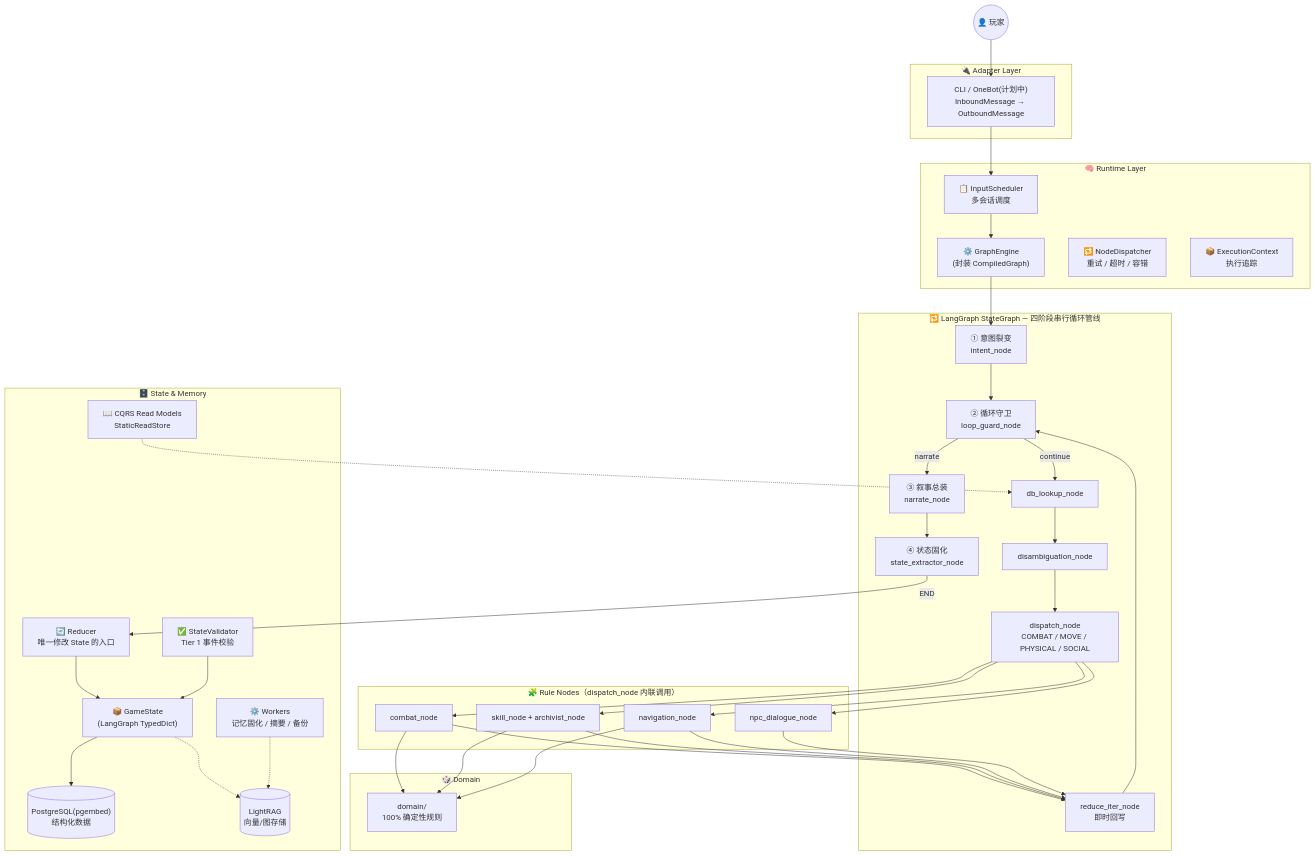
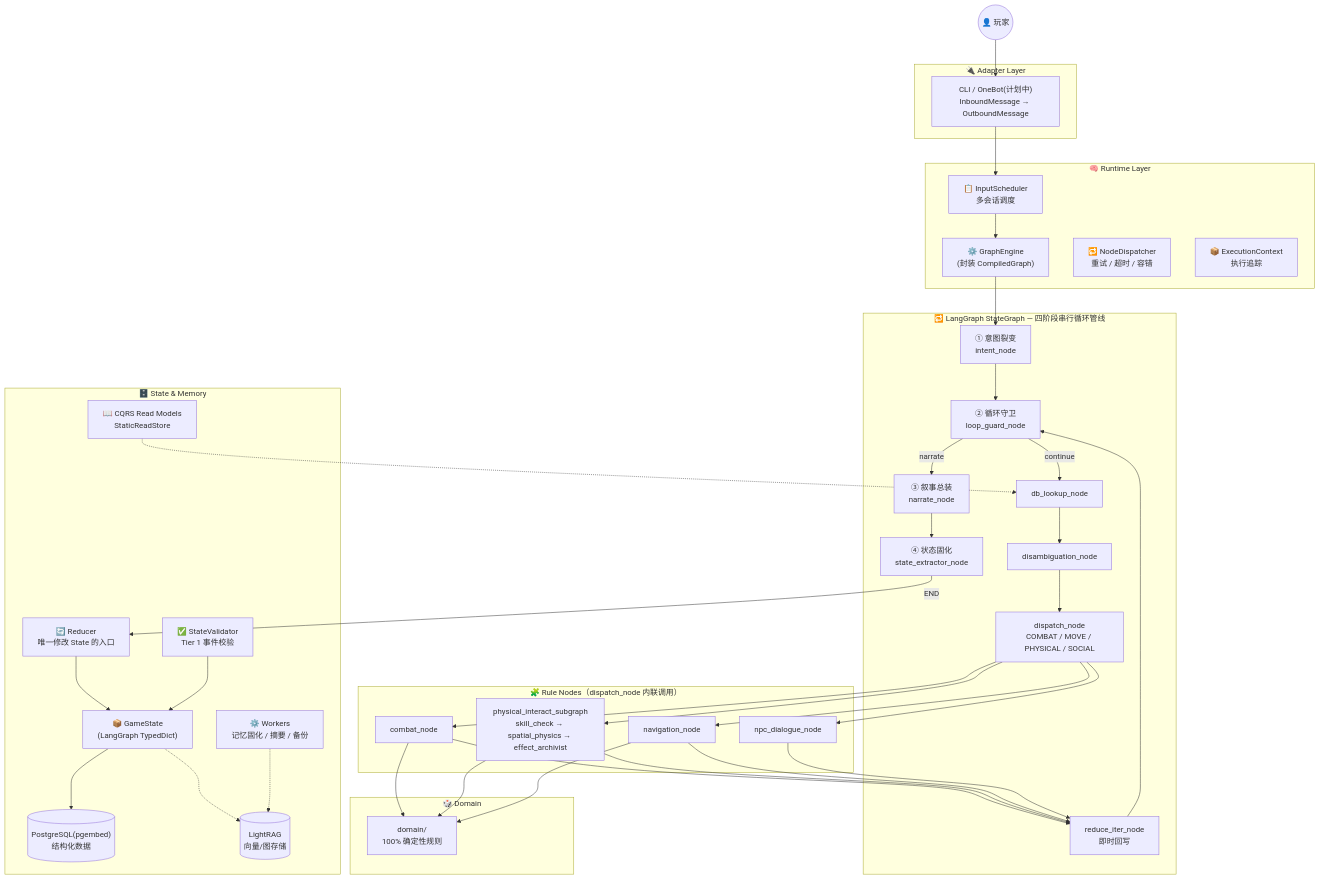
Before and after one commit to pineoncellar/glyphkeeper: the first of 2 diagrams in README.md, drawn with Mermaid. The commit also changed other lines of this file, not shown here.

````diff
--- a/README.md
+++ b/README.md
@@ -29,81 +29,81 @@
 ```mermaid
 graph TB
     Player((👤 玩家))
 
     subgraph "🔌 Adapter Layer"
         Adapter["CLI / OneBot(计划中)<br/>InboundMessage → OutboundMessage"]
     end
 
     subgraph "🧠 Runtime Layer"
         Engine["⚙️ GraphEngine<br/>(封装 CompiledGraph)"]
         Scheduler["📋 InputScheduler<br/>多会话调度"]
         Dispatcher["🔁 NodeDispatcher<br/>重试 / 超时 / 容错"]
         Ctx["📦 ExecutionContext<br/>执行追踪"]
     end
 
     subgraph "🔁 LangGraph StateGraph — 四阶段串行循环管线"
         Intent["① 意图裂变<br/>intent_node"]
         LoopGuard["② 循环守卫<br/>loop_guard_node"]
         DB["db_lookup_node"]
         Disambig["disambiguation_node"]
         Dispatch["dispatch_node<br/>COMBAT / MOVE / PHYSICAL / SOCIAL"]
         ReduceIter["reduce_iter_node<br/>即时回写"]
         Narrate["③ 叙事总装<br/>narrate_node"]
         StateExt["④ 状态固化<br/>state_extractor_node"]
     end
 
     subgraph "🧩 Rule Nodes（dispatch_node 内联调用）"
         CombatN["combat_node"]
-        SkillN["skill_node + archivist_node"]
+        SkillN["physical_interact_subgraph<br/>skill_check → spatial_physics → effect_archivist"]
         NavN["navigation_node"]
         NPCN["npc_dialogue_node"]
     end
 
     subgraph "🗄️ State & Memory"
         State["📦 GameState<br/>(LangGraph TypedDict)"]
         Reducer["🔄 Reducer<br/>唯一修改 State 的入口"]
         Validator["✅ StateValidator<br/>Tier 1 事件校验"]
         PG[("PostgreSQL(pgembed)<br/>结构化数据")]
         RAG[("LightRAG<br/>向量/图存储")]
         Workers["⚙️ Workers<br/>记忆固化 / 摘要 / 备份"]
         CQRS["📖 CQRS Read Models<br/>StaticReadStore"]
     end
 
     subgraph "🎲 Domain"
         Domain["domain/<br/>100% 确定性规则"]
     end
 
     Player --> Adapter
     Adapter --> Scheduler
     Scheduler --> Engine
     Engine --> Intent
 
     Intent --> LoopGuard
 
     LoopGuard -->|"continue"| DB
     DB --> Disambig
     Disambig --> Dispatch
     Dispatch --> CombatN
     Dispatch --> SkillN
     Dispatch --> NavN
     Dispatch --> NPCN
     CombatN --> ReduceIter
     SkillN --> ReduceIter
     NavN --> ReduceIter
     NPCN --> ReduceIter
     ReduceIter --> LoopGuard
 
     LoopGuard -->|"narrate"| Narrate
     Narrate --> StateExt
     StateExt -->|END| Reducer
 
     Reducer --> State
     Validator --> State
     State --> PG
     State -.-> RAG
     Workers -.-> RAG
     CQRS -.-> DB
     CombatN --> Domain
     SkillN --> Domain
     NavN --> Domain
 ```
````
